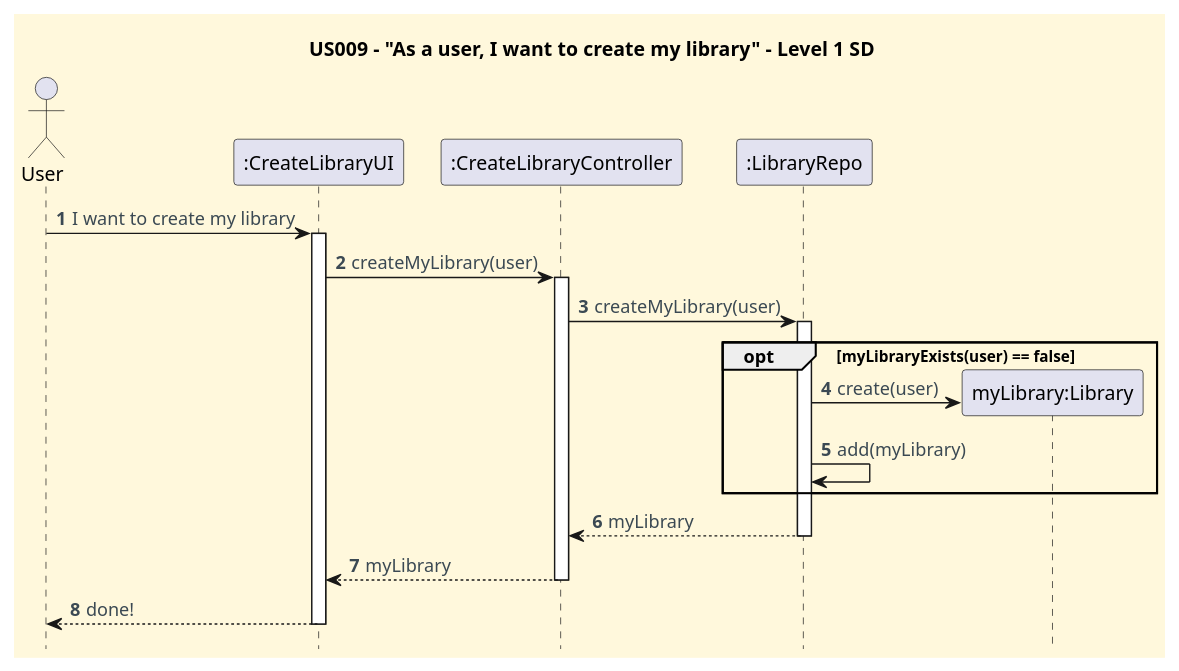
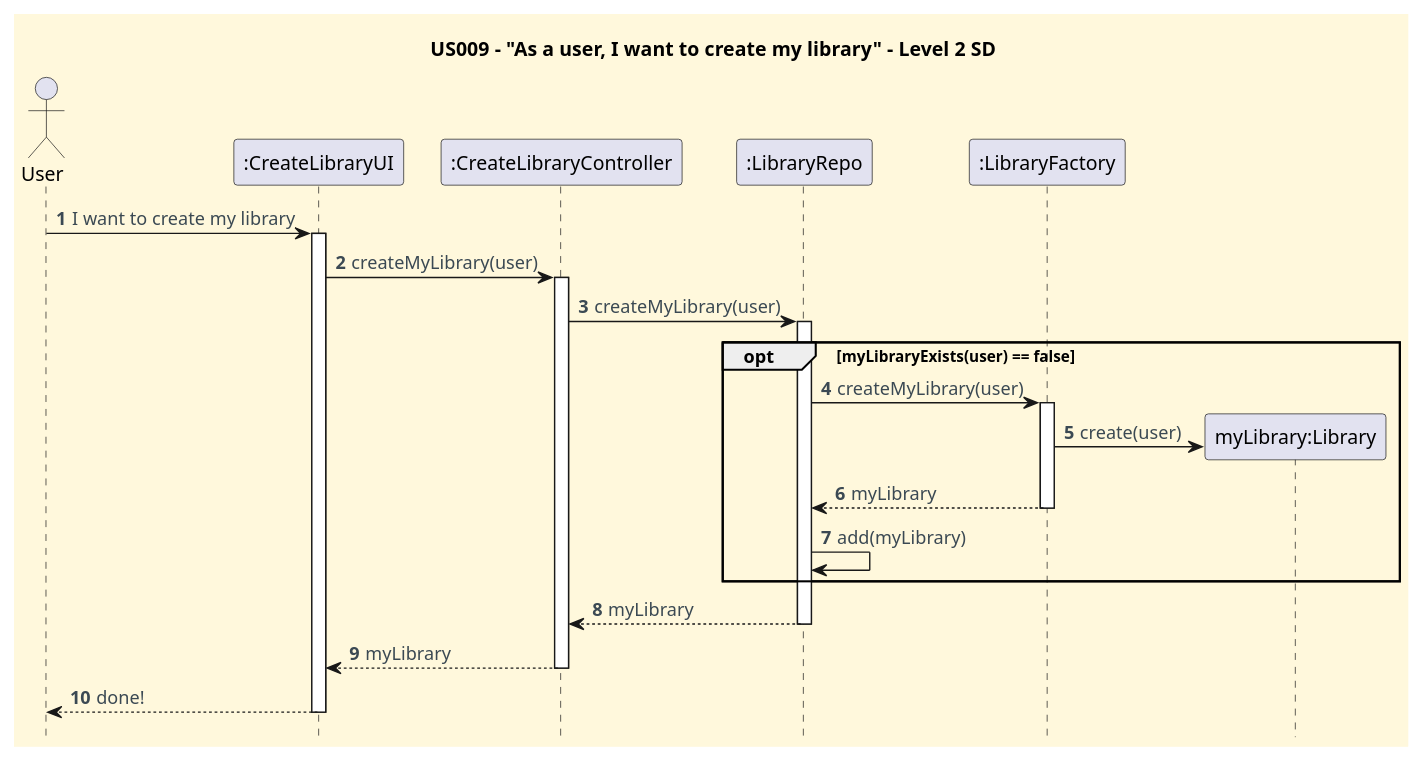
The diagram in docs/userStories/US009/US009_create_my_library_SD_1.puml (CarolinaLeite-collab/JavaMarketplacePlatform), drawn with PlantUML before and after one commit. The commit also changed 1 other file, not shown here.

Commit message:
Refactor US009 to apply Factory pattern: Updated SD and CD #68

```diff
--- a/docs/userStories/US009/US009_create_my_library_SD_1.puml
+++ b/docs/userStories/US009/US009_create_my_library_SD_1.puml
@@ -1,53 +1,66 @@
 @startuml
-title US009 - "As a user, I want to create my library" - Level 1 SD
+title US009 - "As a user, I want to create my library" - Level 2 SD
 hidefootbox
 
 '==== basic style ====
 skinparam monochrome false
 skinparam shadowing false
 skinparam defaultFontName Futura
 skinparam objectFontSize 20
 skinparam backgroundColor CornSilk
 skinparam objectBackgroundColor WhiteSmoke
 skinparam noteBackgroundColor #FFFFE0
 skinparam ArrowFontColor #3B4953
 skinparam ActivationBackgroundColor black
 
 autonumber
 autoactivate off
 
 ' --- Actor and participants ---
 actor User
 participant ":CreateLibraryUI" as UI
 participant ":CreateLibraryController" as CTL
 participant ":LibraryRepo" as LR
+participant ":LibraryFactory" as LF
 
 ' --- UI interaction ---
 User -> UI: I want to create my library
 activate UI
 
 
 ' --- Use case execution ---
 UI -> CTL: createMyLibrary(user)
 activate CTL
+
 CTL -> LR: createMyLibrary(user)
 activate LR
 
+
+
     opt myLibraryExists(user) == false
+        LR -> LF: createMyLibrary(user)
+        activate LF
         create "myLibrary:Library"
-        LR -> "myLibrary:Library": create(user)
+        LF -> "myLibrary:Library": create(user)
+        LF --> LR: myLibrary
+        deactivate LF
+
         LR -> LR: add(myLibrary)
+
+
     end
 
+LR --> CTL: myLibrary
+deactivate LR
 
 'activate "myLibrary:Library"
 '"myLibrary:Library" --> "_lr:LibraryRepo": myLibrary
 'deactivate "myLibrary:Library"
-LR --> CTL: myLibrary
-deactivate LR
+
 CTL --> UI: myLibrary
 deactivate CTL
+
 UI --> User: done!
 deactivate UI
 
 @enduml
```
